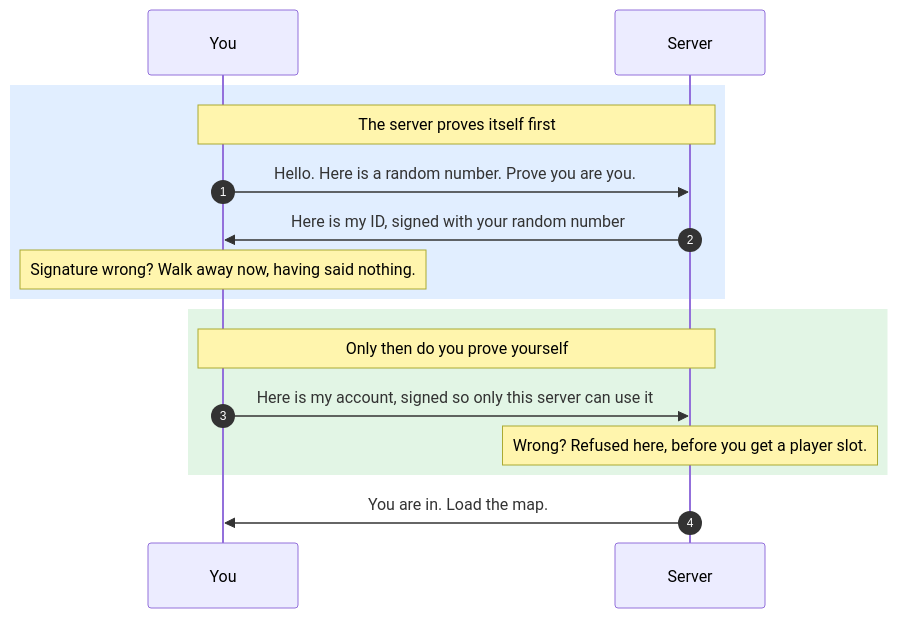
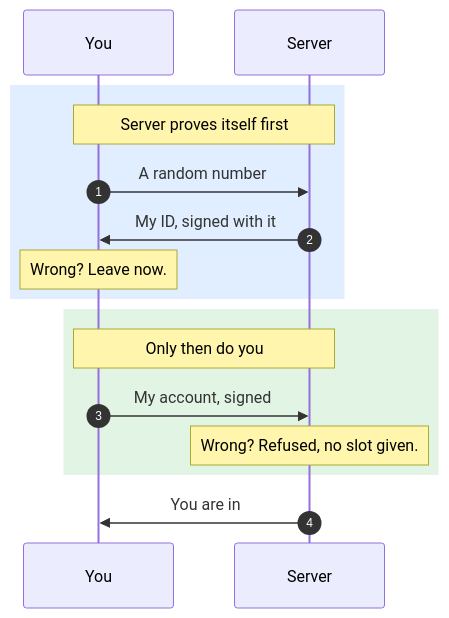
The diagram in README.account-auth.md (rc4l/ForkUnderA), drawn with Mermaid before and after one commit. The commit also changed other lines of this file, not shown here.

````diff
--- a/README.account-auth.md
+++ b/README.account-auth.md
@@ -5,21 +5,21 @@
 ```mermaid
 sequenceDiagram
     autonumber
     participant C as You
     participant S as Server
 
     rect rgba(56, 139, 253, 0.15)
-        Note over C,S: The server proves itself first
-        C->>S: Hello. Here is a random number. Prove you are you.
-        S->>C: Here is my ID, signed with your random number
-        Note over C: Signature wrong? Walk away now, having said nothing.
+        Note over C,S: Server proves itself first
+        C->>S: A random number
+        S->>C: My ID, signed with it
+        Note over C: Wrong? Leave now.
     end
 
     rect rgba(63, 185, 80, 0.15)
-        Note over C,S: Only then do you prove yourself
-        C->>S: Here is my account, signed so only this server can use it
-        Note over S: Wrong? Refused here, before you get a player slot.
+        Note over C,S: Only then do you
+        C->>S: My account, signed
+        Note over S: Wrong? Refused, no slot given.
     end
 
-    S->>C: You are in. Load the map.
+    S->>C: You are in
 ```
````
